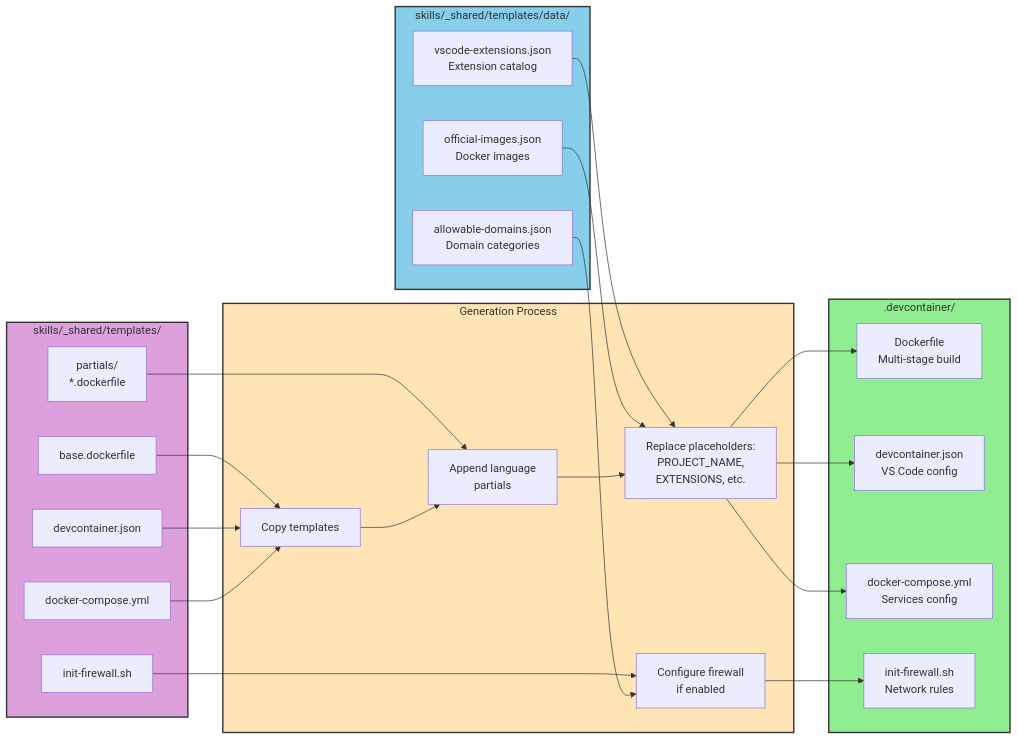
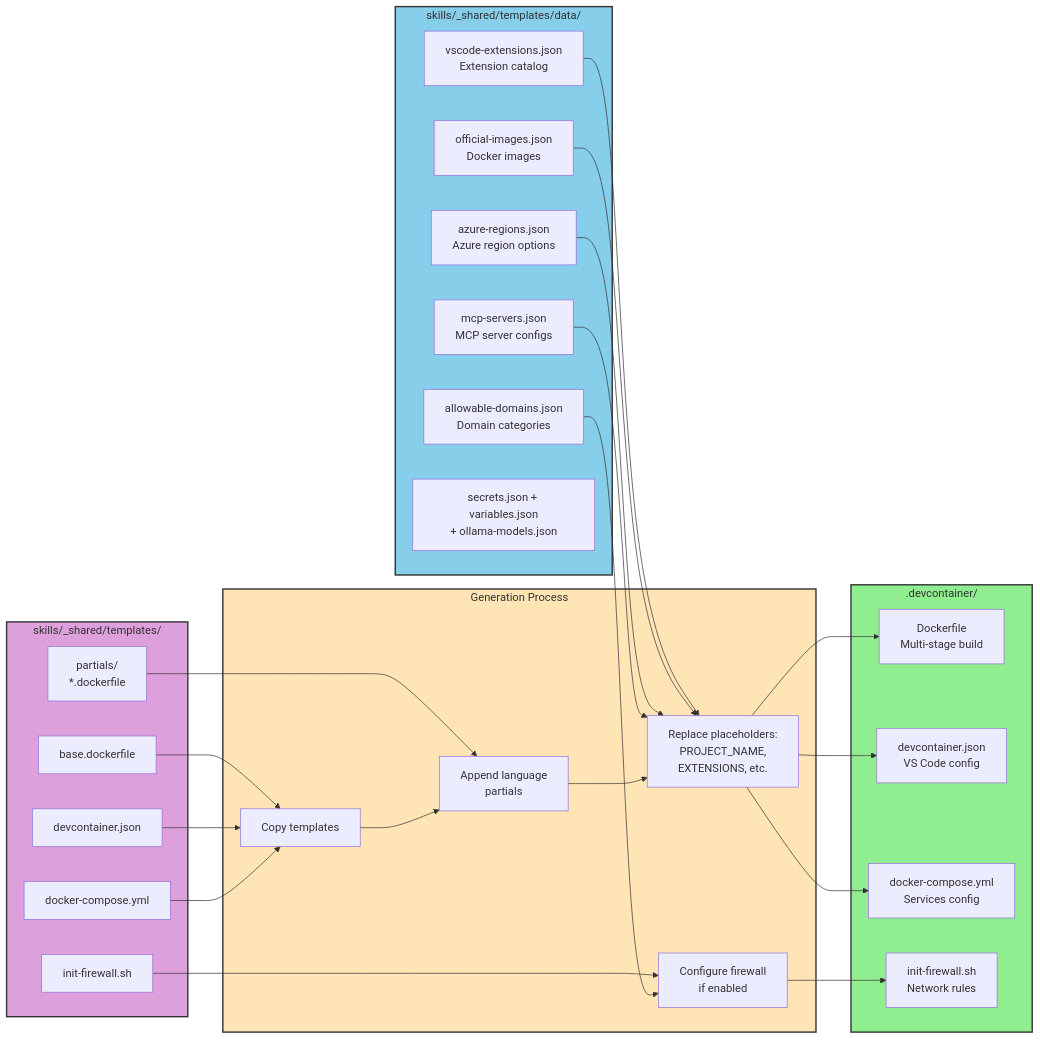
The diagram in docs/diagrams/file-generation.mmd (andrewcchoi/windows-sandbox), drawn with Mermaid before and after one commit. The commit also changed 6 other files, not shown here.

First line of the commit message:
docs: update README with experimental warnings and fix diagrams

```diff
--- a/docs/diagrams/file-generation.mmd
+++ b/docs/diagrams/file-generation.mmd
@@ -1,50 +1,55 @@
 flowchart LR
     subgraph Templates["skills/_shared/templates/"]
         T1[base.dockerfile]
         T2[devcontainer.json]
         T3[docker-compose.yml]
         T4[init-firewall.sh]
         T5[partials/<br/>*.dockerfile]
     end
 
     subgraph Data["skills/_shared/templates/data/"]
         D1[allowable-domains.json<br/>Domain categories]
         D2[vscode-extensions.json<br/>Extension catalog]
         D3[official-images.json<br/>Docker images]
+        D4[azure-regions.json<br/>Azure region options]
+        D5[mcp-servers.json<br/>MCP server configs]
+        D6[secrets.json + variables.json<br/>+ ollama-models.json]
     end
 
     subgraph Process["Generation Process"]
         P1[Copy templates]
         P2[Append language<br/>partials]
         P3[Replace placeholders:<br/>PROJECT_NAME,<br/>EXTENSIONS, etc.]
         P4[Configure firewall<br/>if enabled]
     end
 
     subgraph Output[".devcontainer/"]
         O1[Dockerfile<br/>Multi-stage build]
         O2[devcontainer.json<br/>VS Code config]
         O3[docker-compose.yml<br/>Services config]
         O4[init-firewall.sh<br/>Network rules]
     end
 
     T1 --> P1
     T2 --> P1
     T3 --> P1
     T4 --> P4
     T5 --> P2
 
     D1 --> P4
     D2 --> P3
     D3 --> P3
+    D4 --> P3
+    D5 --> P3
 
     P1 --> P2
     P2 --> P3
     P3 --> O1
     P3 --> O2
     P3 --> O3
     P4 --> O4
 
     style Templates fill:#DDA0DD,stroke:#333,stroke-width:2px
     style Data fill:#87CEEB,stroke:#333,stroke-width:2px
     style Process fill:#FFE4B5,stroke:#333,stroke-width:2px
     style Output fill:#90EE90,stroke:#333,stroke-width:2px
```
